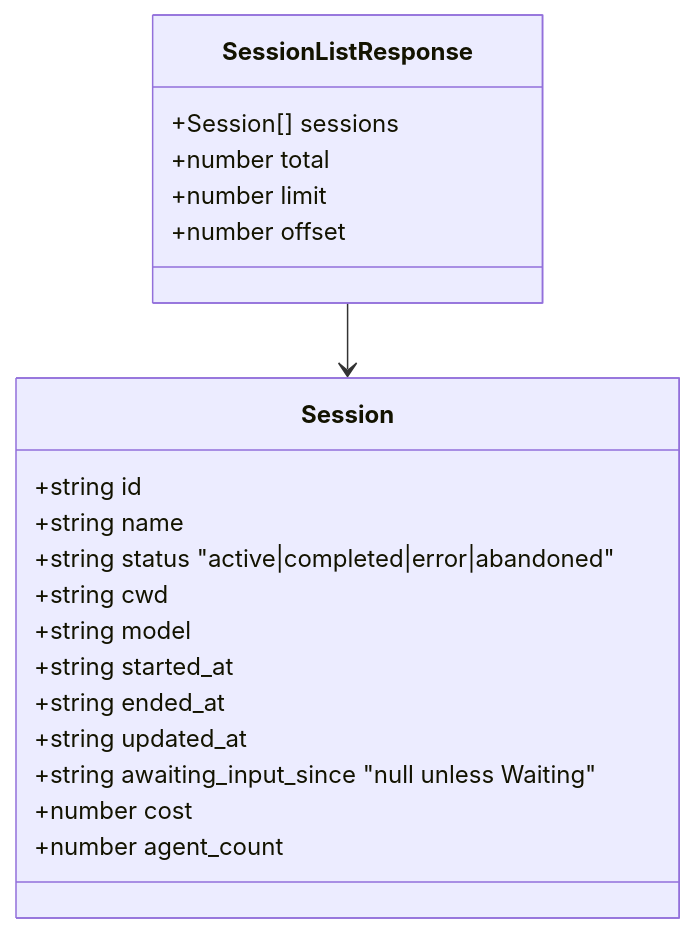
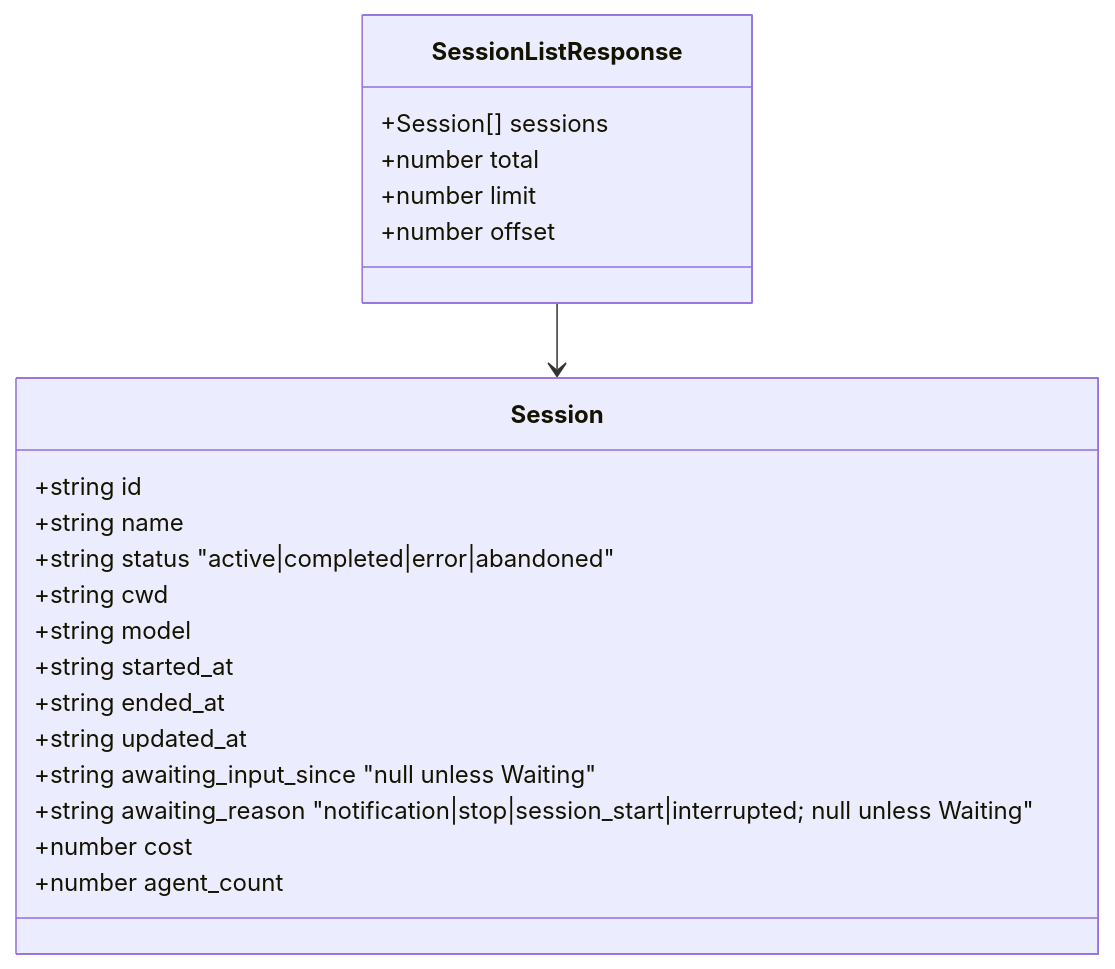
The third of 8 diagrams in docs/API.md (hoangsonww/Claude-Code-Agent-Monitor), drawn with Mermaid before and after one commit. The commit also changed other lines of this file and 11 other files, not shown here.

````diff
--- a/docs/API.md
+++ b/docs/API.md
@@ -151,25 +151,26 @@
 ```mermaid
 classDiagram
     class SessionListResponse {
         +Session[] sessions
         +number total
         +number limit
         +number offset
     }
     
     class Session {
         +string id
         +string name
         +string status "active|completed|error|abandoned"
         +string cwd
         +string model
         +string started_at
         +string ended_at
         +string updated_at
         +string awaiting_input_since "null unless Waiting"
+        +string awaiting_reason "notification|stop|session_start|interrupted; null unless Waiting"
         +number cost
         +number agent_count
     }
     
     SessionListResponse --> Session
 ```
````
